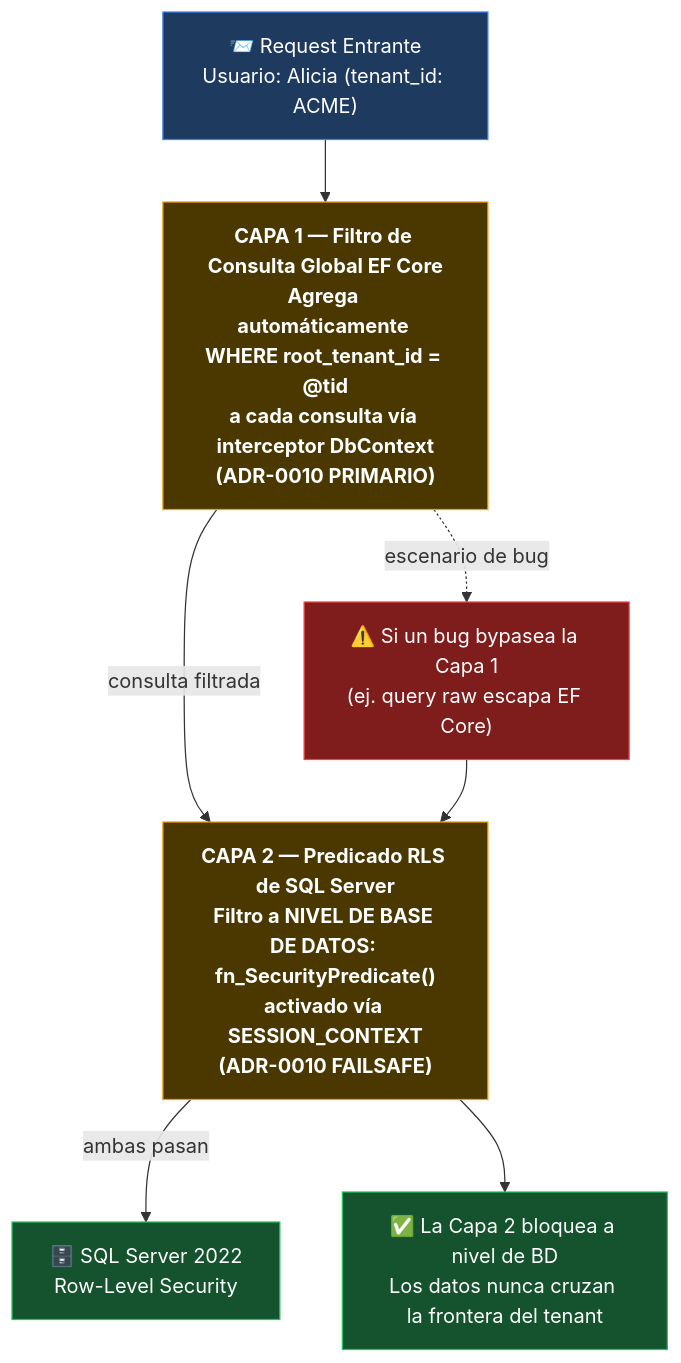
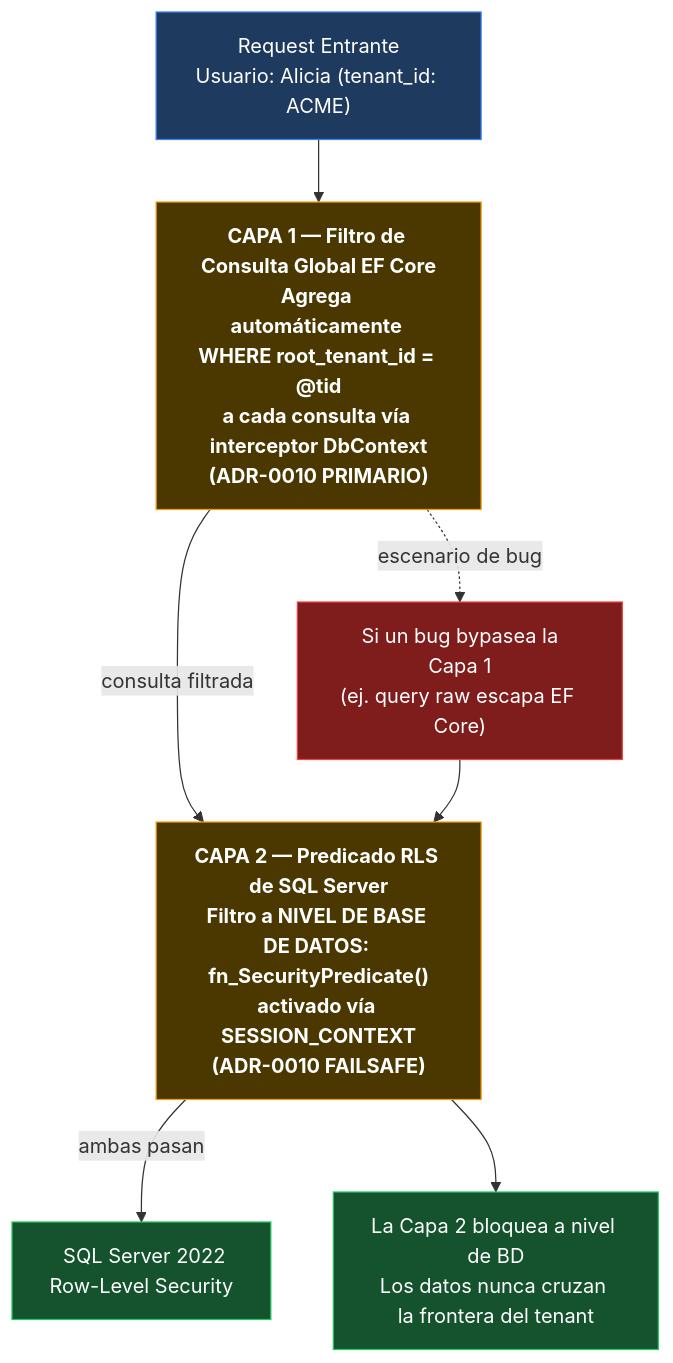
The fifth of 7 diagrams in reference/knowledge/demo/ums-technical-overview.es.md (beyondnetcode/evolith_arch32), drawn with Mermaid before and after one commit. The commit also changed other lines of this file and 41 other files, not shown here.

````diff
--- a/reference/knowledge/demo/ums-technical-overview.es.md
+++ b/reference/knowledge/demo/ums-technical-overview.es.md
@@ -188,21 +188,21 @@
 ```mermaid
 flowchart TD
     classDef req fill:#1e3a5f,stroke:#3b82f6,color:#fff
     classDef layer fill:#4a3800,stroke:#f59e0b,color:#fff,font-weight:bold
     classDef pass fill:#14532d,stroke:#22c55e,color:#fff
     classDef block fill:#7f1d1d,stroke:#ef4444,color:#fff
 
-    REQ["📨 Request Entrante\nUsuario: Alicia (tenant_id: ACME)"]:::req
+    REQ[" Request Entrante\nUsuario: Alicia (tenant_id: ACME)"]:::req
     L1["CAPA 1 — Filtro de Consulta Global EF Core\nAgrega automáticamente WHERE root_tenant_id = @tid\na cada consulta vía interceptor DbContext\n(ADR-0010 PRIMARIO)"]:::layer
     L2["CAPA 2 — Predicado RLS de SQL Server\nFiltro a NIVEL DE BASE DE DATOS: fn_SecurityPredicate()\nactivado vía SESSION_CONTEXT\n(ADR-0010 FAILSAFE)"]:::layer
-    DB["🗄️ SQL Server 2022\nRow-Level Security"]:::pass
-    BUG["⚠️ Si un bug bypasea la Capa 1\n(ej. query raw escapa EF Core)"]:::block
-    SAFE["✅ La Capa 2 bloquea a nivel de BD\nLos datos nunca cruzan la frontera del tenant"]:::pass
+    DB["️ SQL Server 2022\nRow-Level Security"]:::pass
+    BUG["️ Si un bug bypasea la Capa 1\n(ej. query raw escapa EF Core)"]:::block
+    SAFE[" La Capa 2 bloquea a nivel de BD\nLos datos nunca cruzan la frontera del tenant"]:::pass
 
     REQ --> L1
     L1 -->|"consulta filtrada"| L2
     L2 -->|"ambas pasan"| DB
     L1 -.->|"escenario de bug"| BUG
     BUG --> L2
     L2 --> SAFE
 ```
````
